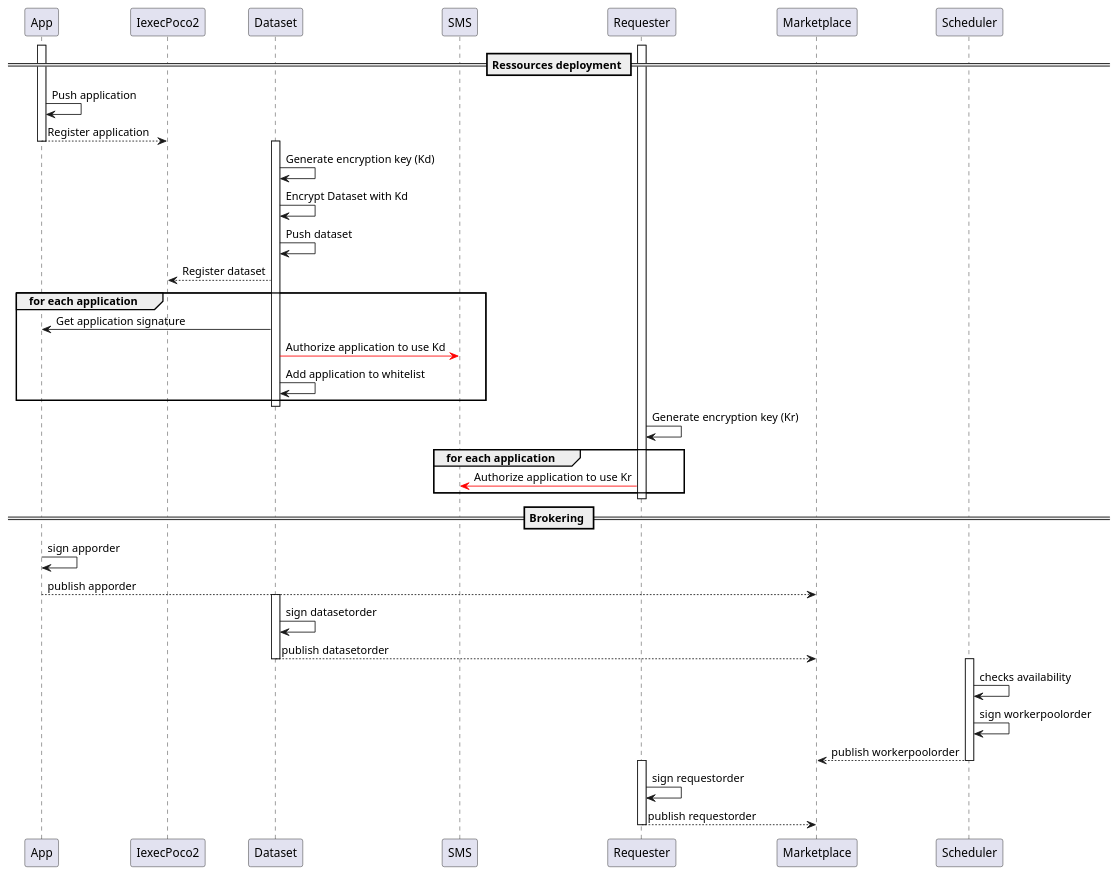
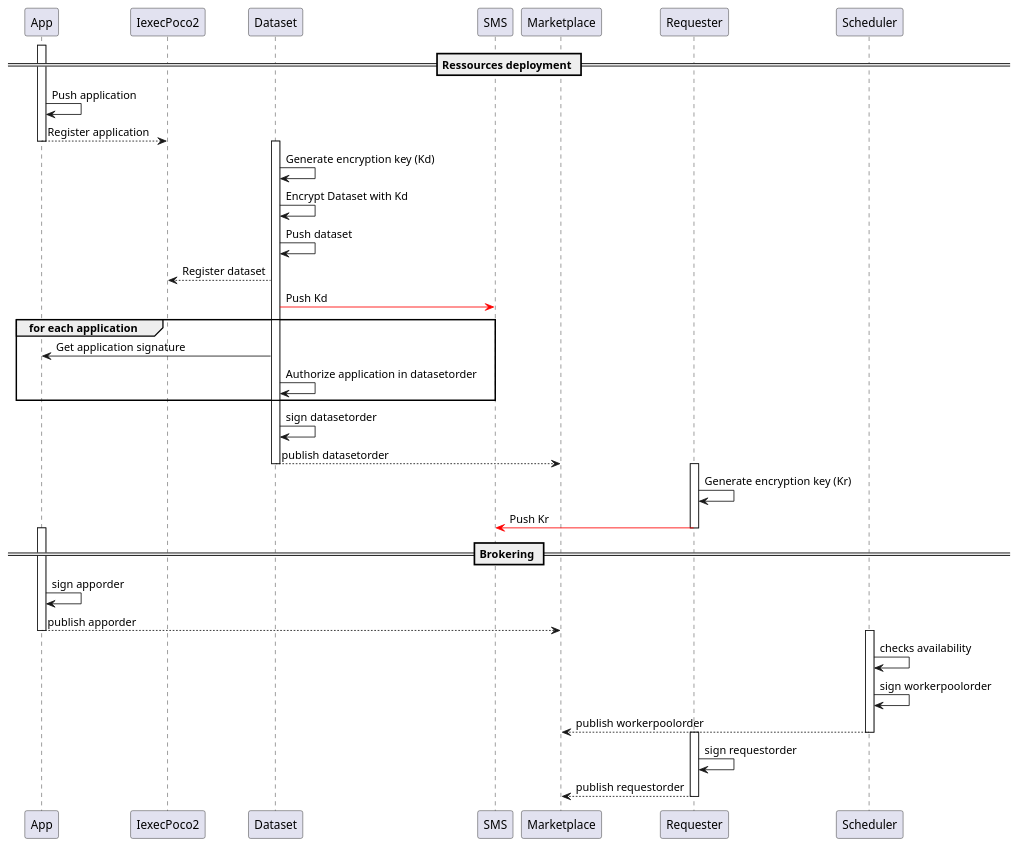
One commit to iExecBlockchainComputing/PoCo changed the diagram in uml/workflow-ODB-1b-publish-orders-TEE.puml. Above: the diagram before and after it, drawn with PlantUML. The commit also changed 1 other file, not shown here.

Commit message:
Authorize application in datasetorder

```diff
--- a/uml/workflow-ODB-1b-publish-orders-TEE.puml
+++ b/uml/workflow-ODB-1b-publish-orders-TEE.puml
@@ -1,51 +1,46 @@
 @startuml
 
 == Ressources deployment ==
 activate App
 App -> App : Push application
 App --> IexecPoco2 : Register application
 deactivate App
 
 activate Dataset
 Dataset -> Dataset : Generate encryption key (Kd)
 Dataset -> Dataset : Encrypt Dataset with Kd
 Dataset -> Dataset : Push dataset
 Dataset --> IexecPoco2 : Register dataset
+Dataset -[#red]> SMS: Push Kd
 group for each application
 	Dataset -> App : Get application signature
-	Dataset -[#red]> SMS : Authorize application to use Kd
-	Dataset -> Dataset : Add application to whitelist
+	Dataset -> Dataset : Authorize application in datasetorder
 end
+Dataset -> Dataset : sign datasetorder
+Dataset --> Marketplace : publish datasetorder
 deactivate Dataset
 
 activate Requester
 Requester -> Requester : Generate encryption key (Kr)
-group for each application
-	Requester -[#red]> SMS: Authorize application to use Kr
-end
+Requester -[#red]> SMS: Push Kr
 deactivate Requester
 
 == Brokering ==
 
 activate App
 App -> App : sign apporder
 App --> Marketplace : publish apporder
 deactivate App
-
-activate Dataset
-Dataset -> Dataset : sign datasetorder
-Dataset --> Marketplace : publish datasetorder
-deactivate Dataset
 
 activate Scheduler
 Scheduler -> Scheduler : checks availability
 Scheduler -> Scheduler : sign workerpoolorder
 Scheduler --> Marketplace : publish workerpoolorder
 deactivate Scheduler
 
 activate Requester
 Requester -> Requester : sign requestorder
 Requester --> Marketplace : publish requestorder
 deactivate Requester
 
 @enduml
```
